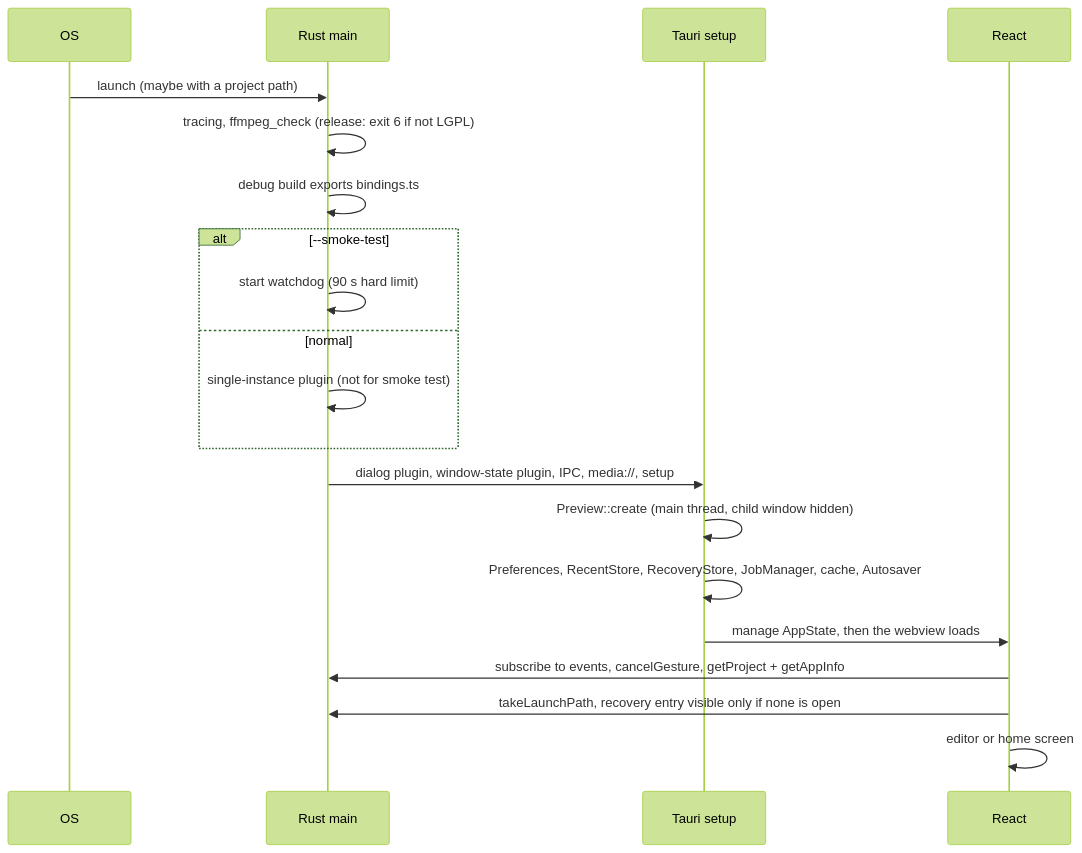
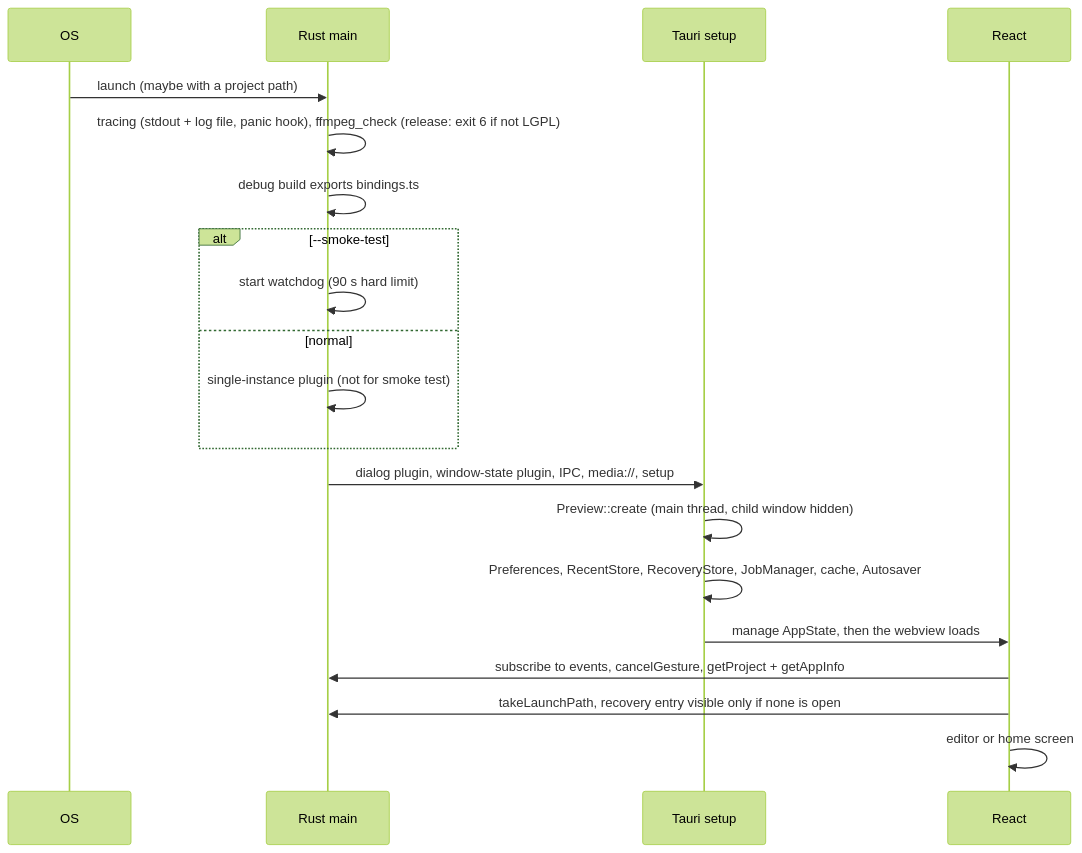
Before and after one commit to emicon123/cutframe: the fourth of 4 diagrams in docs/architecture/01-system-context.md, drawn with Mermaid (forest theme). The commit also changed other lines of this file and 11 other files, not shown here.

````diff
--- a/docs/architecture/01-system-context.md
+++ b/docs/architecture/01-system-context.md
@@ -132,22 +136,22 @@
 ```mermaid
 sequenceDiagram
   participant OS
   participant Rust as Rust main
   participant Shell as Tauri setup
   participant UI as React
   OS->>Rust: launch (maybe with a project path)
-  Rust->>Rust: tracing, ffmpeg_check (release: exit 6 if not LGPL)
+  Rust->>Rust: tracing (stdout + log file, panic hook), ffmpeg_check (release: exit 6 if not LGPL)
   Rust->>Rust: debug build exports bindings.ts
   alt --smoke-test
     Rust->>Rust: start watchdog (90 s hard limit)
   else normal
     Rust->>Rust: single-instance plugin (not for smoke test)
   end
   Rust->>Shell: dialog plugin, window-state plugin, IPC, media://, setup
   Shell->>Shell: Preview::create (main thread, child window hidden)
   Shell->>Shell: Preferences, RecentStore, RecoveryStore, JobManager, cache, Autosaver
   Shell->>UI: manage AppState, then the webview loads
   UI->>Rust: subscribe to events, cancelGesture, getProject + getAppInfo
   UI->>Rust: takeLaunchPath, recovery entry visible only if none is open
   UI->>UI: editor or home screen
 ```
````
